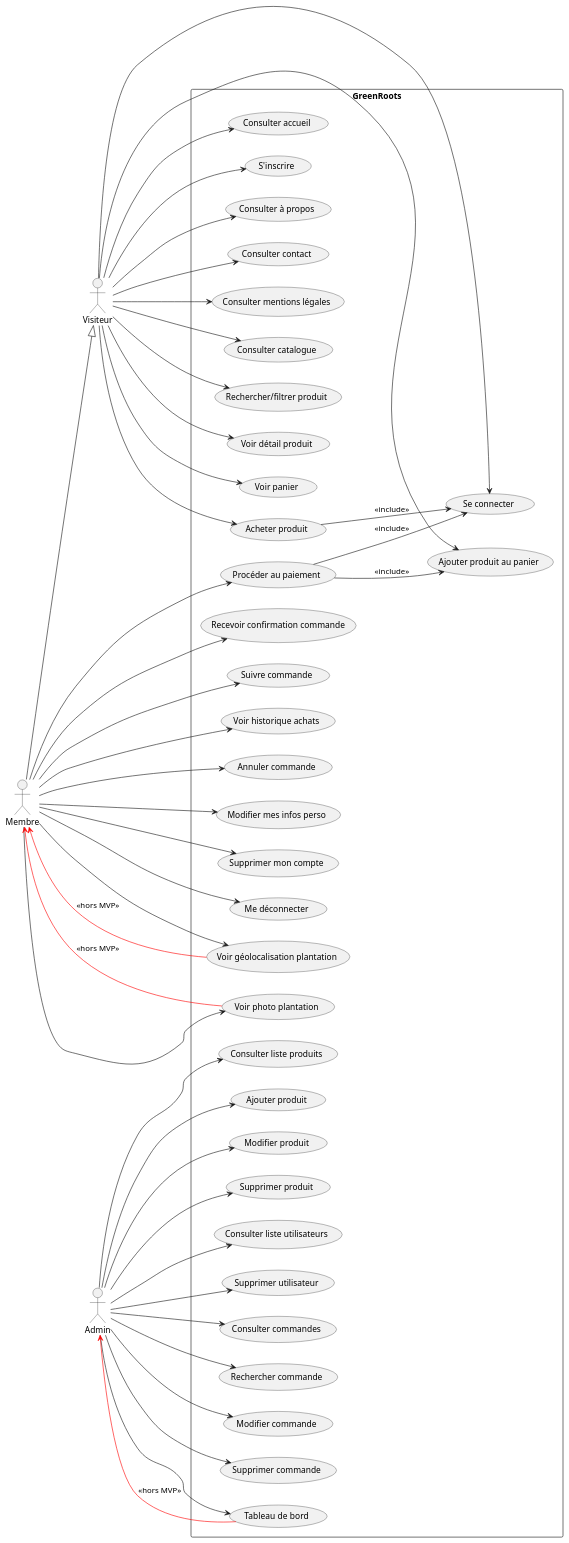
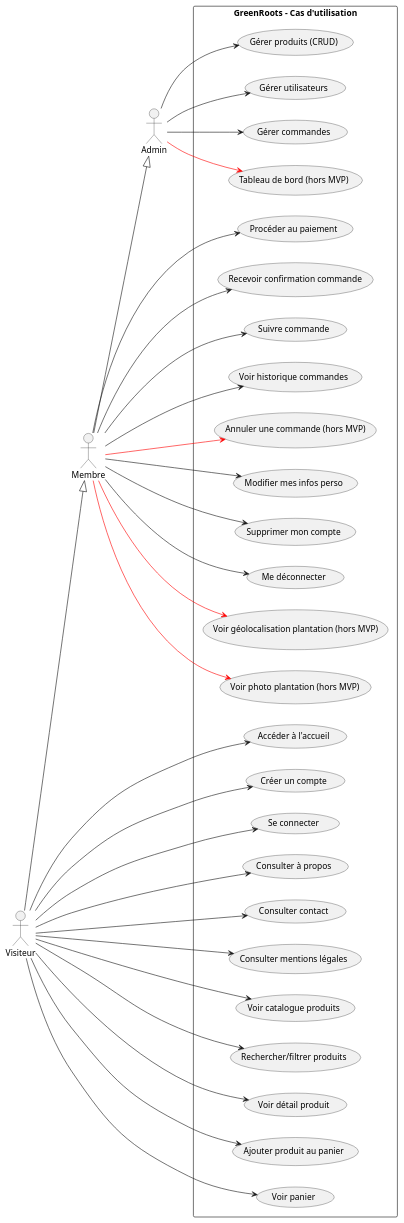
The diagram in documents/Apothéose/uml/[cas d'utilisation]/dcu-global.puml (Salyarket/GreenRoots-Conception), drawn with PlantUML before and after one commit.

Commit message:
UML : diagramme USECADE done

```diff
--- a/documents/Apothéose/uml/[cas d'utilisation]/dcu-global.puml
+++ b/documents/Apothéose/uml/[cas d'utilisation]/dcu-global.puml
@@ -1,90 +1,77 @@
-"@startuml oumama"
+@startuml GreenRoots
+
 left to right direction
-actor "Visiteur" as V
-actor "Membre" as M
-actor "Admin" as A
 
-M --|> V
+actor Visiteur
+actor Membre
+actor Admin
 
-rectangle "GreenRoots" {
-  (Consulter accueil) as accueil
-  (S'inscrire) as inscrire
-  (Se connecter) as login
-  (Consulter à propos) as apropos
-  (Consulter contact) as contact
-  (Consulter mentions légales) as mentions
-  (Consulter catalogue) as catalogue
-  (Rechercher/filtrer produit) as recherche
-  (Voir détail produit) as detail
-  (Ajouter produit au panier) as panier
-  (Voir panier) as voirpanier
-  (Acheter produit) as acheter
+Visiteur --|> Membre
+Membre --|> Admin
 
-  V --> accueil
-  V --> inscrire
-  V --> login
-  V --> apropos
-  V --> contact
-  V --> mentions
-  V --> catalogue
-  V --> recherche
-  V --> detail
-  V --> panier
-  V --> voirpanier
-  V --> acheter
+rectangle "GreenRoots - Cas d'utilisation" {
 
-  (Procéder au paiement) as paiement
-  (Recevoir confirmation commande) as confirmation
-  (Suivre commande) as suivi
-  (Voir historique achats) as historique
-  (Annuler commande) as annuler
-  (Modifier mes infos perso) as infos
-  (Supprimer mon compte) as supcompte
-  (Me déconnecter) as logout
-  (Voir géolocalisation plantation) as geoloc
-  (Voir photo plantation) as photo
+  ' --- Admin ---
+  usecase "Gérer produits (CRUD)" as UC22
+  usecase "Gérer utilisateurs" as UC23
+  usecase "Gérer commandes" as UC24
+  usecase "Tableau de bord (hors MVP)"  as UC25
 
-  M --> paiement
-  M --> confirmation
-  M --> suivi
-  M --> historique
-  M --> annuler
-  M --> infos
-  M --> supcompte
-  M --> logout
-  M --> geoloc
-  M --> photo
+  ' --- Membre ---
+  usecase "Procéder au paiement" as UC12
+  usecase "Recevoir confirmation commande" as UC13
+  usecase "Suivre commande" as UC14
+  usecase "Voir historique commandes" as UC15
+  usecase "Annuler une commande (hors MVP)" as UC16
+  usecase "Modifier mes infos perso" as UC17
+  usecase "Supprimer mon compte" as UC18
+  usecase "Me déconnecter" as UC19
+  usecase "Voir géolocalisation plantation (hors MVP)" as UC20
+  usecase "Voir photo plantation (hors MVP)" as UC21
 
-  (Consulter liste produits) as lproduits
-  (Ajouter produit) as ajoutprod
-  (Modifier produit) as modifprod
-  (Supprimer produit) as supprod
-  (Consulter liste utilisateurs) as lusers
-  (Supprimer utilisateur) as supuser
-  (Consulter commandes) as lcmd
-  (Rechercher commande) as rechcmd
-  (Modifier commande) as modifcmd
-  (Supprimer commande) as supcmd
-  (Tableau de bord) as dashboard
-
-  A --> lproduits
-  A --> ajoutprod
-  A --> modifprod
-  A --> supprod
-  A --> lusers
-  A --> supuser
-  A --> lcmd
-  A --> rechcmd
-  A --> modifcmd
-  A --> supcmd
-  A --> dashboard
+  ' --- Visiteur ---
+  usecase "Accéder à l'accueil" as UC1
+  usecase "Créer un compte" as UC2
+  usecase "Se connecter" as UC3
+  usecase "Consulter à propos" as UC4
+  usecase "Consulter contact" as UC5
+  usecase "Consulter mentions légales" as UC6
+  usecase "Voir catalogue produits" as UC7
+  usecase "Rechercher/filtrer produits" as UC8
+  usecase "Voir détail produit" as UC9
+  usecase "Ajouter produit au panier" as UC10
+  usecase "Voir panier" as UC11
 }
 
-acheter --> login : <<include>>
-paiement --> login : <<include>>
-paiement --> panier : <<include>>
+' Liens Admin
+Admin --> UC22
+Admin --> UC23
+Admin --> UC24
+Admin -[#red]-> UC25
 
-geoloc -[#red]-> M : <<hors MVP>>
-photo -[#red]-> M : <<hors MVP>>
-dashboard -[#red]-> A : <<hors MVP>>
+' Liens Membre
+Membre --> UC12
+Membre --> UC13
+Membre --> UC14
+Membre --> UC15
+Membre -[#red]-> UC16
+Membre --> UC17
+Membre --> UC18
+Membre --> UC19
+Membre -[#red]-> UC20
+Membre -[#red]-> UC21
+
+' Liens Visiteur
+Visiteur --> UC1
+Visiteur --> UC2
+Visiteur --> UC3
+Visiteur --> UC4
+Visiteur --> UC5
+Visiteur --> UC6
+Visiteur --> UC7
+Visiteur --> UC8
+Visiteur --> UC9
+Visiteur --> UC10
+Visiteur --> UC11
+
 @enduml
```
